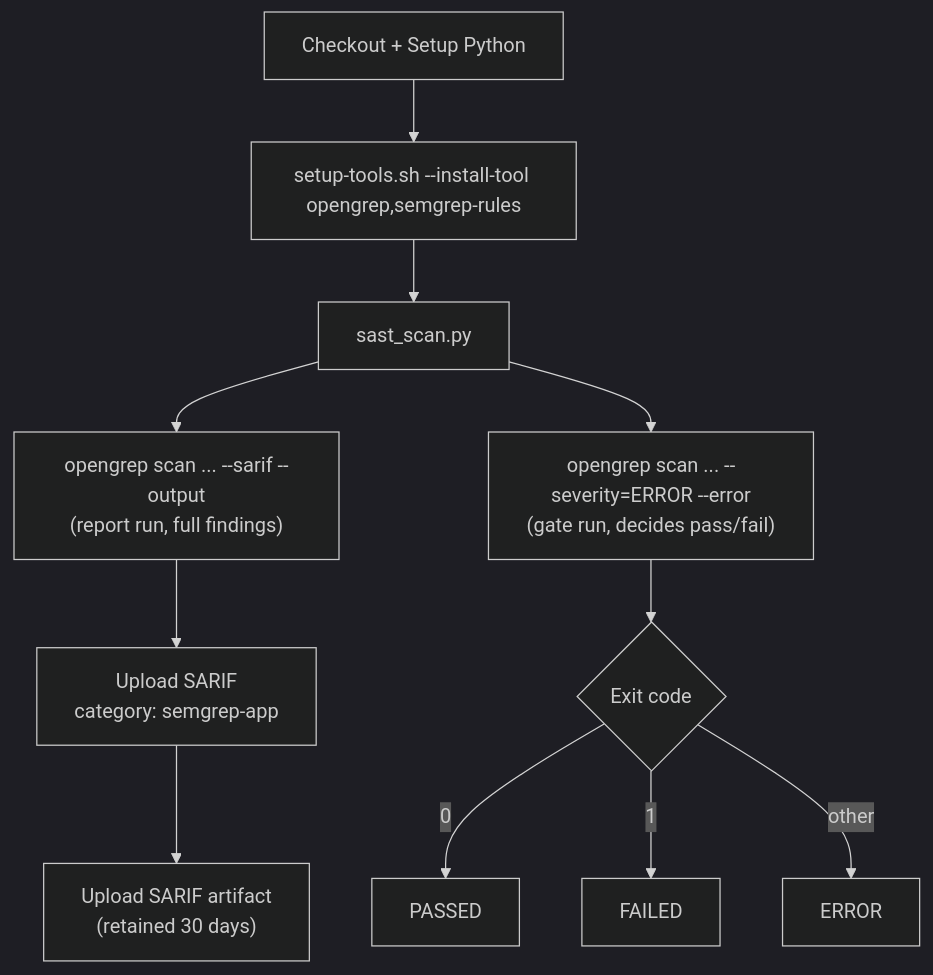
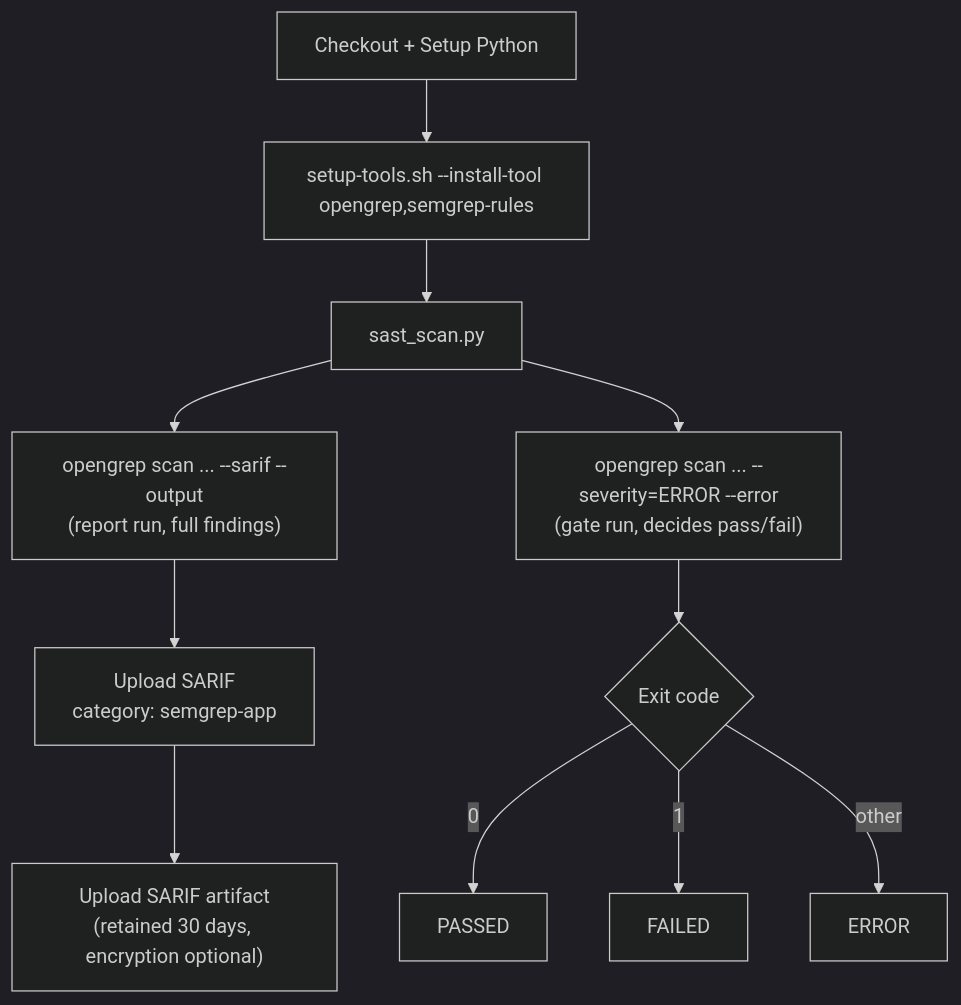
One commit to moghit-eou/EBRAINS-DevSecOps-handbook changed the diagram in reference/pipeline-sast.md. Above: the diagram before and after it, drawn with Mermaid (dark theme). The commit also changed other lines of this file and 17 other files, not shown here.

````diff
--- a/reference/pipeline-sast.md
+++ b/reference/pipeline-sast.md
@@ -17,13 +17,13 @@
 ```mermaid
 flowchart TD
     A["Checkout + Setup Python"] --> B["setup-tools.sh --install-tool opengrep,semgrep-rules"]
     B --> C["sast_scan.py"]
     C --> D["opengrep scan ... --sarif --output\n(report run, full findings)"]
     C --> E["opengrep scan ... --severity=ERROR --error\n(gate run, decides pass/fail)"]
     D --> F["Upload SARIF\ncategory: semgrep-app"]
     E --> G{"Exit code"}
     G -->|0| H["PASSED"]
     G -->|1| I["FAILED"]
     G -->|other| J["ERROR"]
-    F --> K["Upload SARIF artifact\n(retained 30 days)"]
+    F --> K["Upload SARIF artifact\n(retained 30 days, encryption optional)"]
 ```
````
